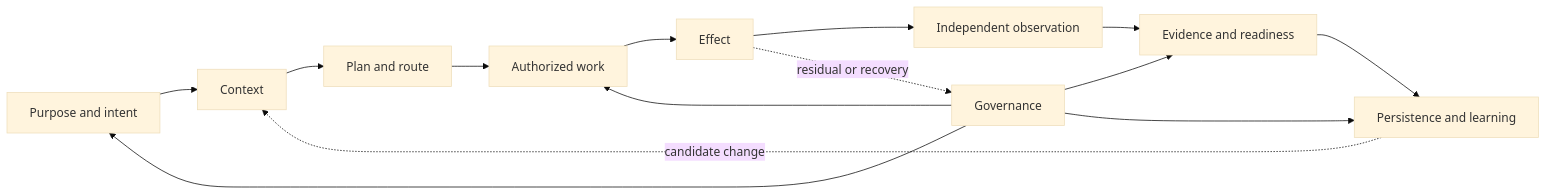
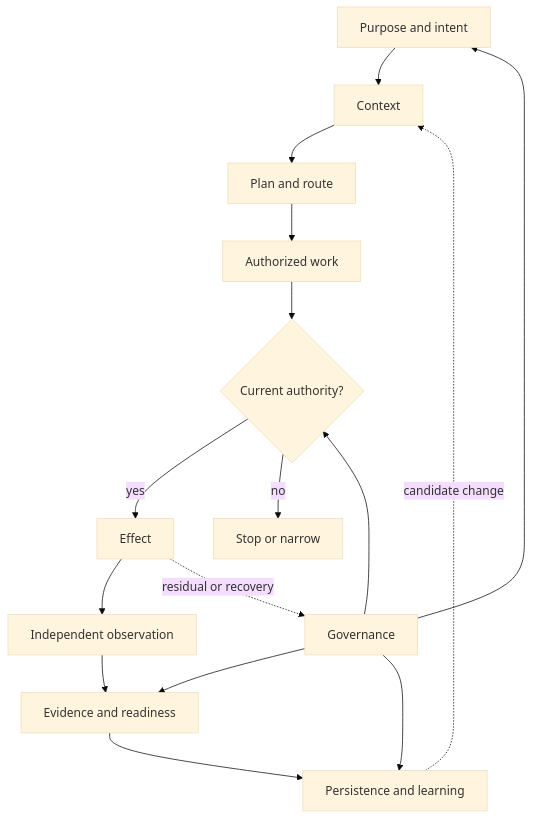
Before and after one commit to corbensorenson/asi-stack-book: the diagram in editions/reader_manuscript/current/chapters/unit-01-asi-is-a-stack-not-a-model.qmd, drawn with Mermaid (base theme). The commit also changed other lines of this file and 345 other files, not shown here.

````diff
--- a/editions/reader_manuscript/current/chapters/unit-01-asi-is-a-stack-not-a-model.qmd
+++ b/editions/reader_manuscript/current/chapters/unit-01-asi-is-a-stack-not-a-model.qmd
@@ -334,16 +388,20 @@
 ```{mermaid}
-flowchart LR
+flowchart TD
+  accTitle: Proposed stack control path
+  accDescr: Intent constrains context and planning. Authorized work reaches an effect only if current authority permits it; otherwise it stops. Observation informs evidence and readiness, then persistence and learning. Governance constrains intent, dispatch, evidence, and persistence. Candidate learning changes return to context; effect residuals return to governance. This is a proposed responsibility map, not an executed stack.
   A["Purpose and intent"] --> B["Context"]
   B --> C["Plan and route"]
   C --> D["Authorized work"]
-  D --> E["Effect"]
+  D --> J{"Current authority?"}
+  J -- "yes" --> E["Effect"]
+  J -- "no" --> K["Stop or narrow"]
   E --> F["Independent observation"]
   F --> G["Evidence and readiness"]
   G --> H["Persistence and learning"]
   H -. "candidate change" .-> B
   I["Governance"] --> A
-  I --> D
+  I --> J
   I --> G
   I --> H
   E -. "residual or recovery" .-> I
 ```
````
